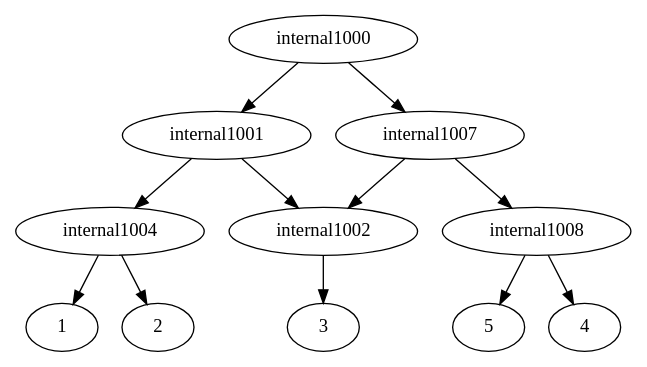
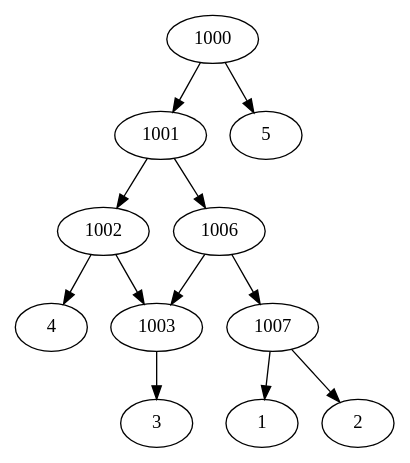
Before and after one commit to iharnoor/PhylogeneticsWebsite: the diagram in ParsingTxt/Launcher/upload.dot, drawn with Graphviz. The commit also changed 4 other files, not shown here.

```diff
--- a/ParsingTxt/Launcher/upload.dot
+++ b/ParsingTxt/Launcher/upload.dot
@@ -1,14 +1,14 @@
 strict digraph G1 {
-internal1000 -> internal1001
-internal1000 -> internal1007
-internal1001 -> internal1002
-internal1001 -> internal1004
-internal1002 -> 3
-internal1004 -> 1
-internal1004 -> 2
-internal1007 -> internal1008
-internal1007 -> internal1002
-internal1008 -> 4
-internal1008 -> 5
-internal1002 -> 3
+1000 -> 1001
+1000 -> 5
+1001 -> 1002
+1001 -> 1006
+1002 -> 1003
+1002 -> 4
+1003 -> 3
+1006 -> 1007
+1006 -> 1003
+1007 -> 1
+1007 -> 2
+1003 -> 3
 }
```
